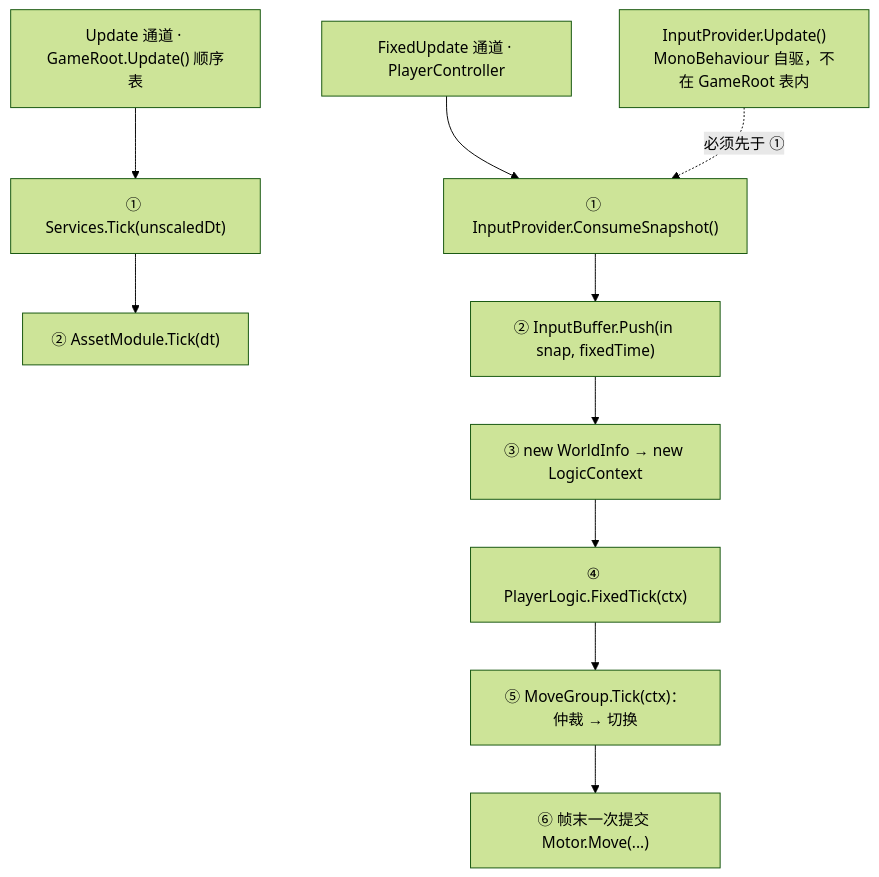
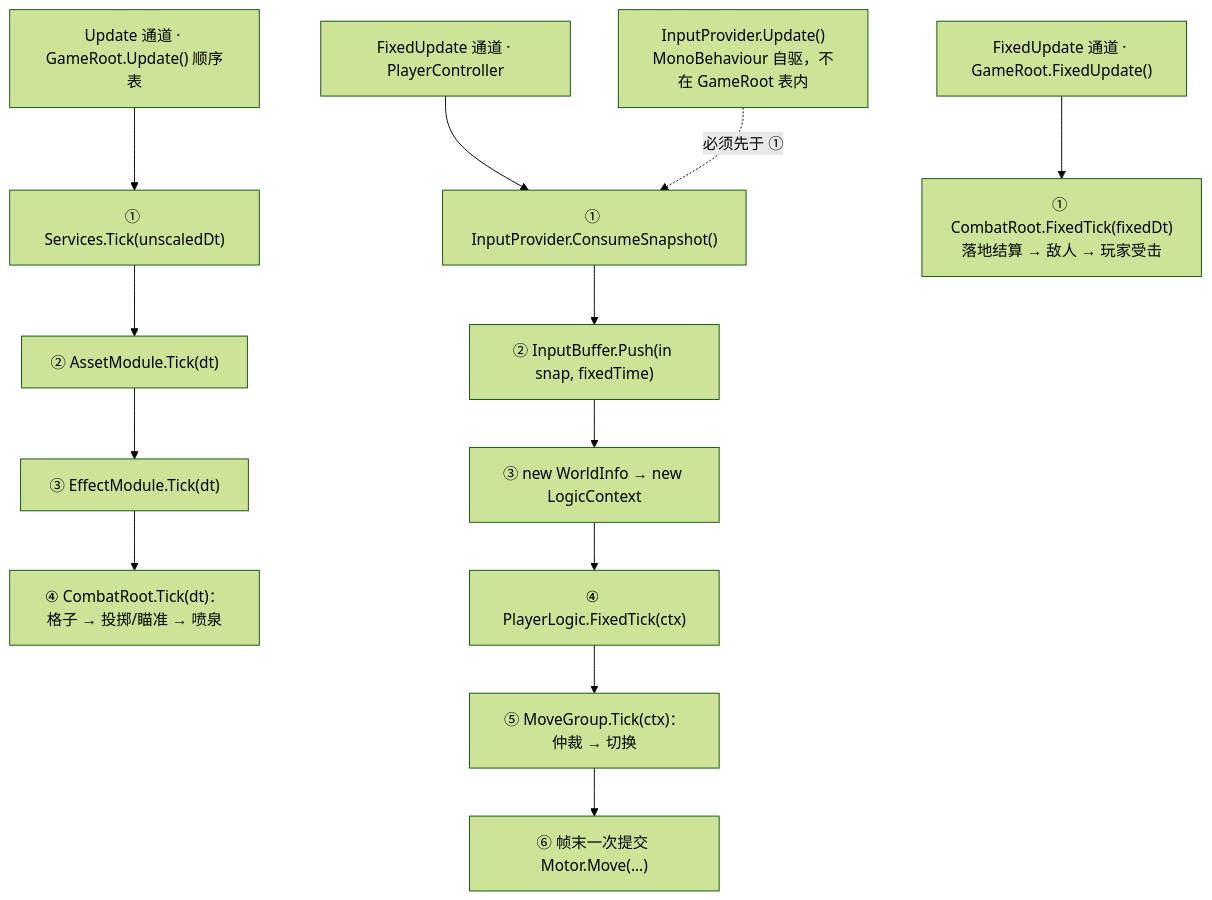
Before and after one commit to 5FYZhou/deepseaoil: the second of 3 diagrams in Docs/框架设计/框架蓝图.md, drawn with Mermaid (forest theme). The commit also changed other lines of this file and 152 other files, not shown here.

````diff
--- a/Docs/框架设计/框架蓝图.md
+++ b/Docs/框架设计/框架蓝图.md
@@ -28,14 +29,18 @@
 ```mermaid
 flowchart TD
   U["Update 通道 · GameRoot.Update() 顺序表"] --> U1["① Services.Tick(unscaledDt)"]
   U1 --> U2["② AssetModule.Tick(dt)"]
+  U2 --> U3["③ EffectModule.Tick(dt)"]
+  U3 --> U4["④ CombatRoot.Tick(dt)：格子 → 投掷/瞄准 → 喷泉"]
 
   F["FixedUpdate 通道 · PlayerController"] --> F1["① InputProvider.ConsumeSnapshot()"]
   F1 --> F2["② InputBuffer.Push(in snap, fixedTime)"]
   F2 --> F3["③ new WorldInfo → new LogicContext"]
   F3 --> F4["④ PlayerLogic.FixedTick(ctx)"]
   F4 --> F5["⑤ MoveGroup.Tick(ctx)：仲裁 → 切换"]
   F5 --> F6["⑥ 帧末一次提交 Motor.Move(...)"]
 
+  CF["FixedUpdate 通道 · GameRoot.FixedUpdate()"] --> C1["① CombatRoot.FixedTick(fixedDt)<br/>落地结算 → 敌人 → 玩家受击"]
+
   S["InputProvider.Update()<br/>MonoBehaviour 自驱，不在 GameRoot 表内"] -.->|"必须先于 ①"| F1
 ```
````
